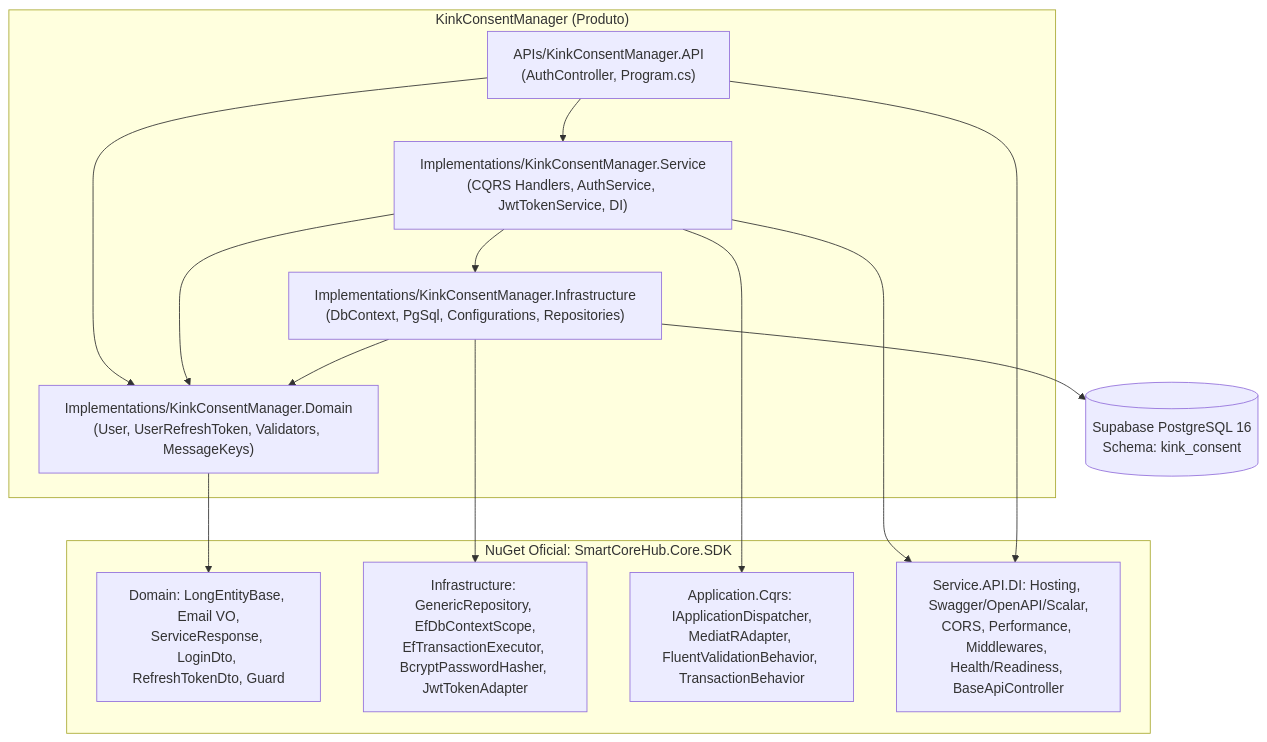
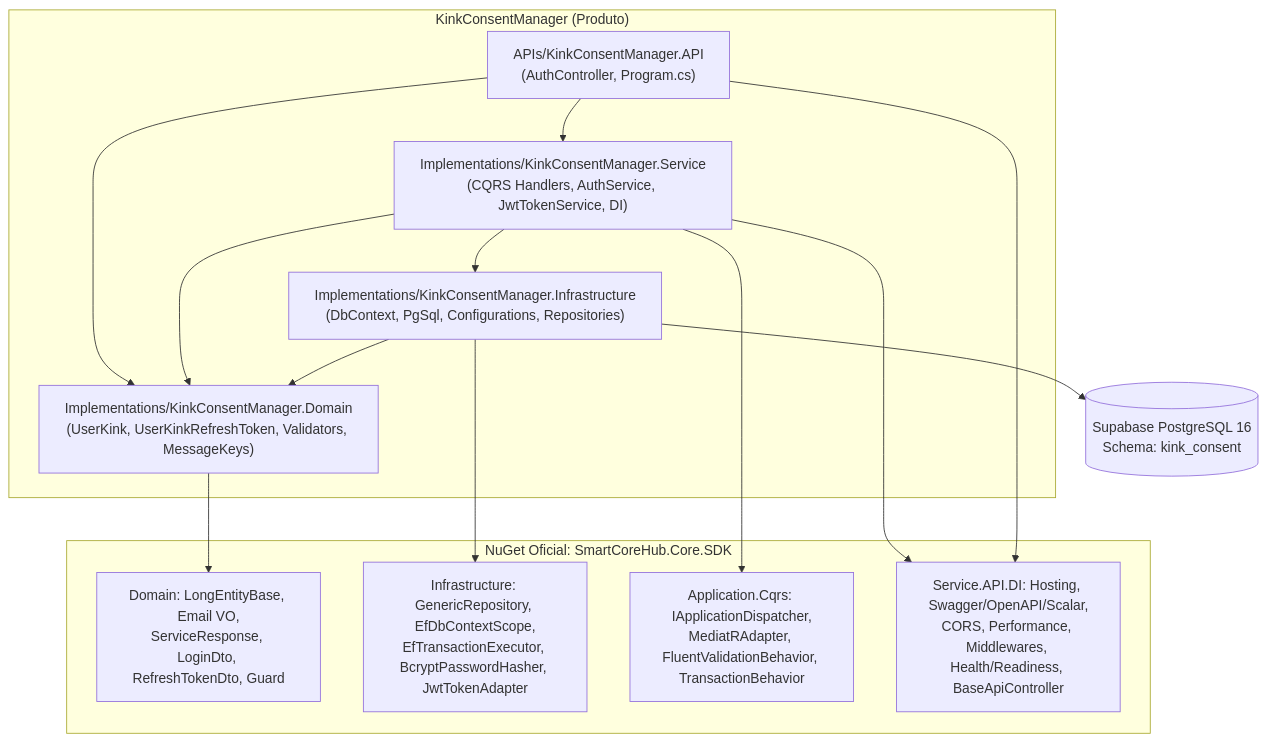
The diagram in docs/Backend/DOCUMENTO_IMPLEMENTACAO_BACKEND.md (LeoneRocha/kinkconsentmanager), drawn with Mermaid before and after one commit. The commit also changed other lines of this file and 5 other files, not shown here.

````diff
--- a/docs/Backend/DOCUMENTO_IMPLEMENTACAO_BACKEND.md
+++ b/docs/Backend/DOCUMENTO_IMPLEMENTACAO_BACKEND.md
@@ -54,31 +54,31 @@
 ```mermaid
 graph TB
     subgraph Host["KinkConsentManager (Produto)"]
         API["APIs/KinkConsentManager.API\n(AuthController, Program.cs)"]
         Service["Implementations/KinkConsentManager.Service\n(CQRS Handlers, AuthService, JwtTokenService, DI)"]
         Infra["Implementations/KinkConsentManager.Infrastructure\n(DbContext, PgSql, Configurations, Repositories)"]
-        Domain["Implementations/KinkConsentManager.Domain\n(User, UserRefreshToken, Validators, MessageKeys)"]
+        Domain["Implementations/KinkConsentManager.Domain\n(UserKink, UserKinkRefreshToken, Validators, MessageKeys)"]
     end
 
     subgraph NuGet["NuGet Oficial: SmartCoreHub.Core.SDK"]
         SDK_Domain["Domain: LongEntityBase, Email VO,\nServiceResponse<T>, LoginDto, RefreshTokenDto, Guard"]
         SDK_Infra["Infrastructure: GenericRepository<T,TCtx>, EfDbContextScope,\nEfTransactionExecutor, BcryptPasswordHasher, JwtTokenAdapter"]
         SDK_App["Application.Cqrs: IApplicationDispatcher,\nMediatRAdapter, FluentValidationBehavior, TransactionBehavior"]
         SDK_API["Service.API.DI: Hosting, Swagger/OpenAPI/Scalar,\nCORS, Performance, Middlewares, Health/Readiness, BaseApiController"]
     end
 
     Supabase[("Supabase PostgreSQL 16\nSchema: kink_consent")]
 
     API --> Service
     API --> Domain
     Service --> Domain
     Service --> Infra
     Infra --> Domain
     Infra --> Supabase
 
     Domain --> SDK_Domain
     Infra --> SDK_Infra
     Service --> SDK_App
     Service --> SDK_API
     API --> SDK_API
 ```
````
